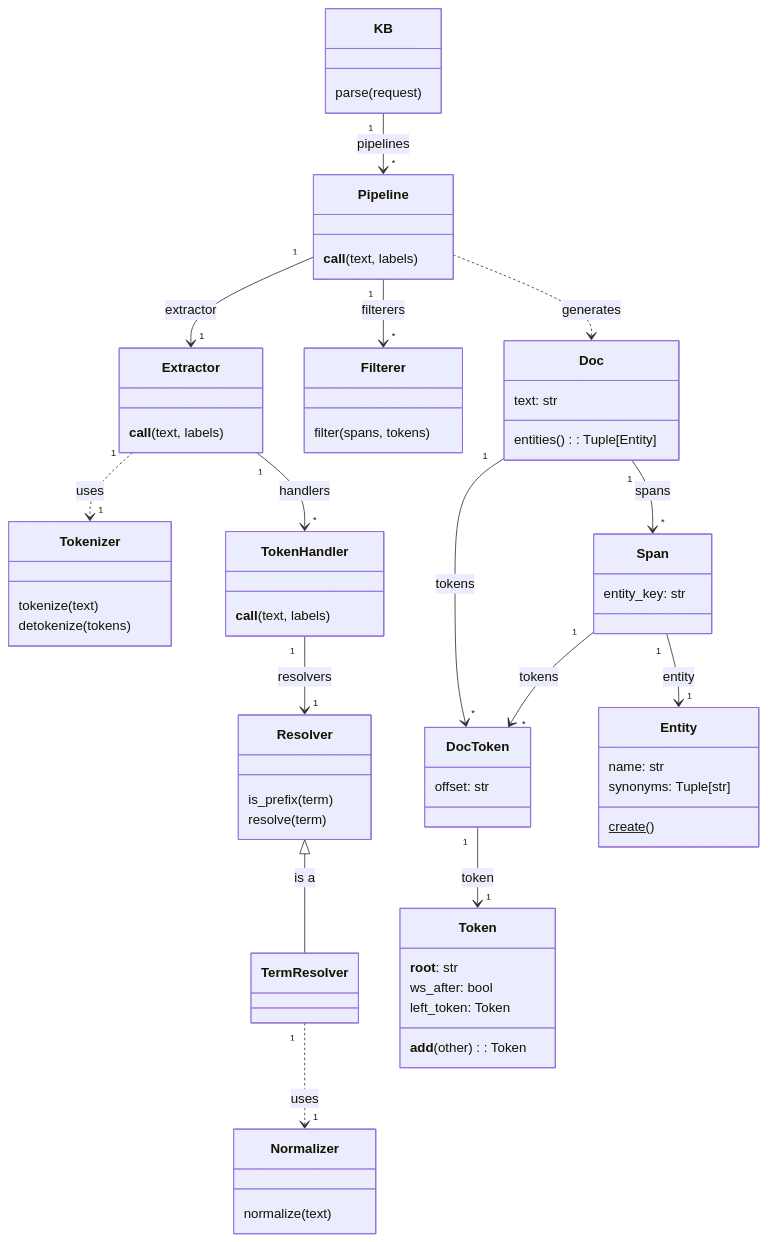
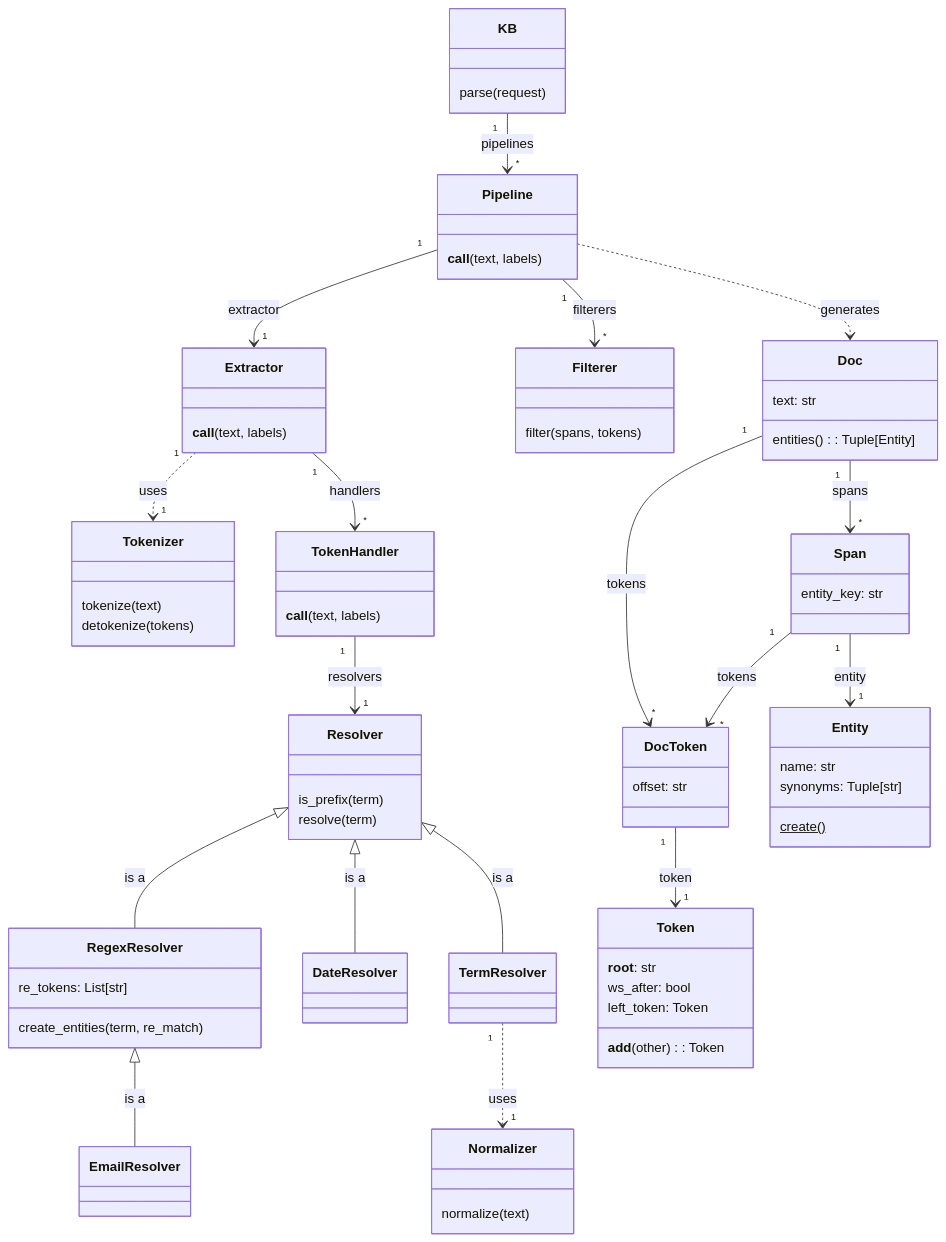
Before and after one commit to Cyberian-Dev/entitykb: the diagram in docs/pipeline.md, drawn with Mermaid. The commit also changed other lines of this file and 9 other files, not shown here.

Commit message:
RegexResolver base class and re-implementation of EmailResolver.

```diff
--- a/docs/pipeline.md
+++ b/docs/pipeline.md
@@ -159,6 +159,23 @@
     class Resolver {
         is_prefix(term)
         resolve(term)
+    }
+
+    Resolver <|-- RegexResolver: is a
+
+    class RegexResolver {
+         re_tokens: List[str]
+         create_entities(term, re_match)
+    }
+
+    RegexResolver <|-- EmailResolver: is a
+
+    class EmailResolver {
+    }
+
+    Resolver <|-- DateResolver: is a
+
+    class DateResolver {
     }
 
     Resolver <|-- TermResolver: is a
```
